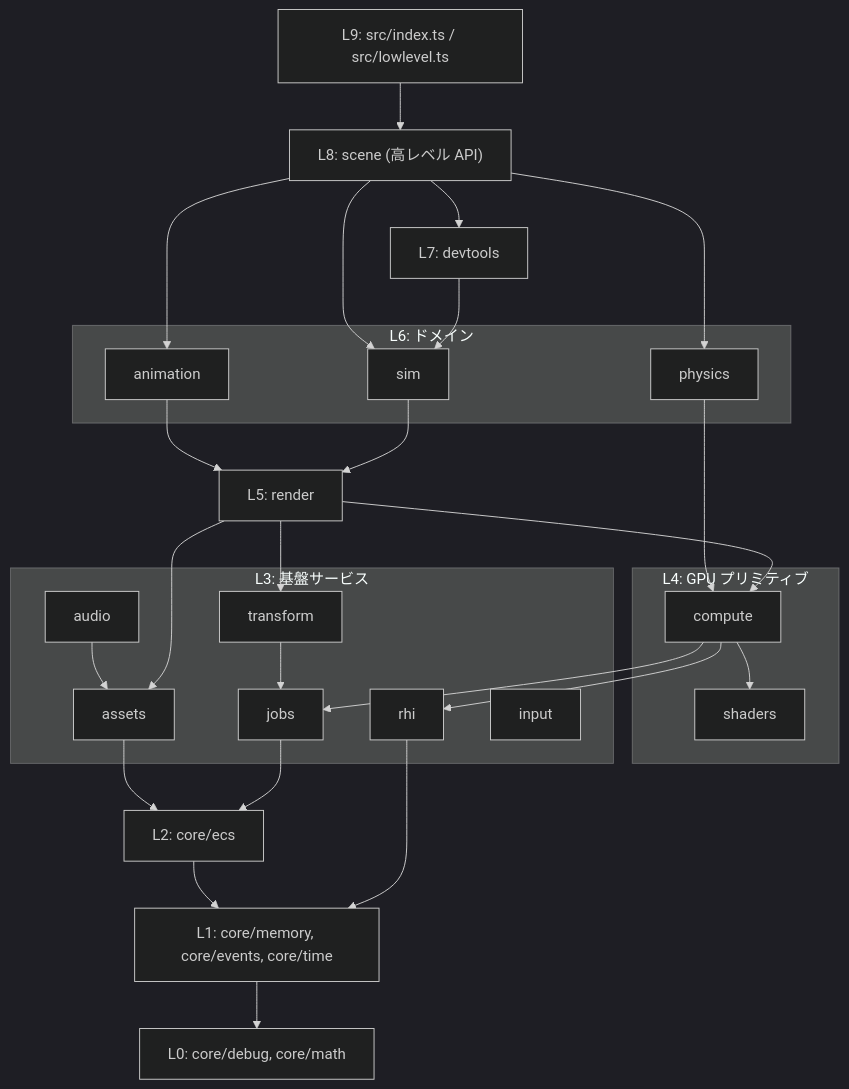
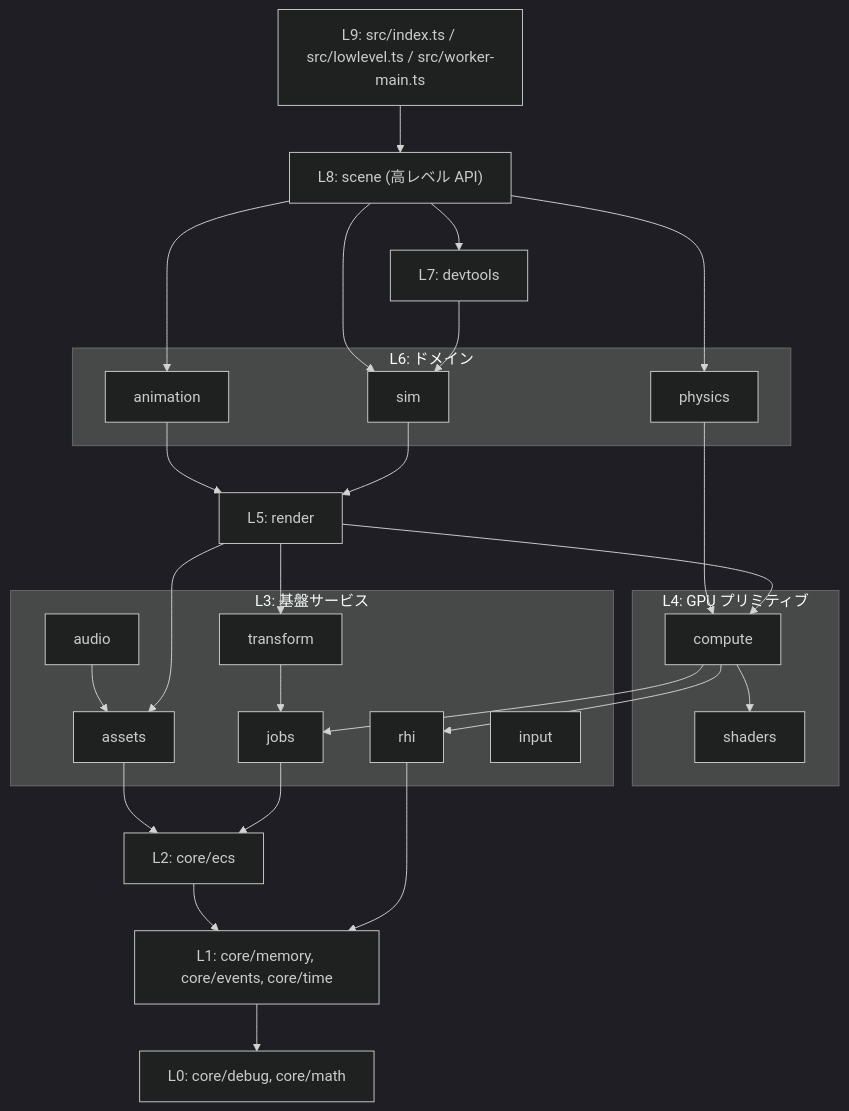
Before and after one commit to sofia-gros/pluto-engine-new: the first of 2 diagrams in docs/01-architecture.md, drawn with Mermaid (dark theme). The commit also changed 124 other files, not shown here.

````diff
--- a/docs/01-architecture.md
+++ b/docs/01-architecture.md
@@ -8,43 +8,43 @@
 ```mermaid
 flowchart TD
-  ENTRY["L9: src/index.ts / src/lowlevel.ts"] --> SCENE
+  ENTRY["L9: src/index.ts / src/lowlevel.ts / src/worker-main.ts"] --> SCENE
   SCENE["L8: scene (高レベル API)"] --> DEV
   DEV["L7: devtools"] --> SIM
   SCENE --> SIM
   subgraph L6["L6: ドメイン"]
     SIM["sim"]
     PHYS["physics"]
     ANIM["animation"]
   end
   SCENE --> PHYS
   SCENE --> ANIM
   SIM --> RENDER
   ANIM --> RENDER
   RENDER["L5: render"] --> COMPUTE
   PHYS --> COMPUTE
   subgraph L4["L4: GPU プリミティブ"]
     COMPUTE["compute"]
     SHADERS["shaders"]
   end
   COMPUTE --> SHADERS
   subgraph L3["L3: 基盤サービス"]
     JOBS["jobs"]
     RHI["rhi"]
     ASSETS["assets"]
     INPUT["input"]
     AUDIO["audio"]
     TRANSFORM["transform"]
   end
   COMPUTE --> RHI
   COMPUTE --> JOBS
   RENDER --> ASSETS
   RENDER --> TRANSFORM
   TRANSFORM --> JOBS
   AUDIO --> ASSETS
   JOBS --> ECS
   RHI --> MEM
   ASSETS --> ECS
   ECS["L2: core/ecs"] --> MEM
   MEM["L1: core/memory, core/events, core/time"] --> BASE
   BASE["L0: core/debug, core/math"]
 ```
````
